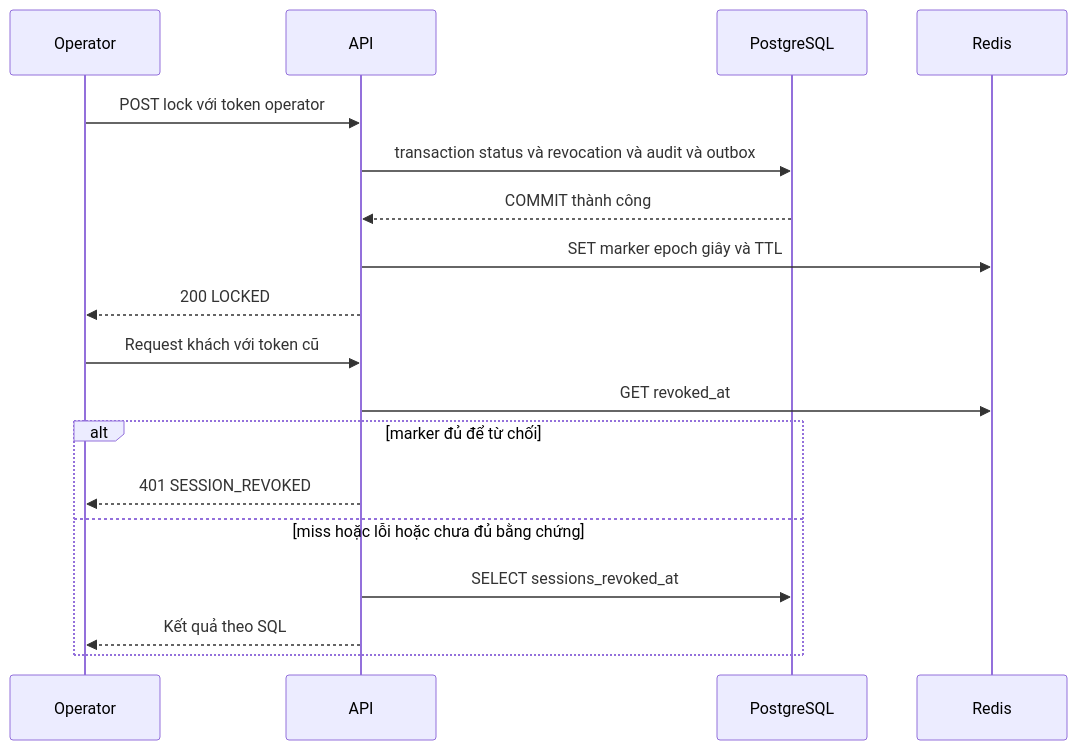
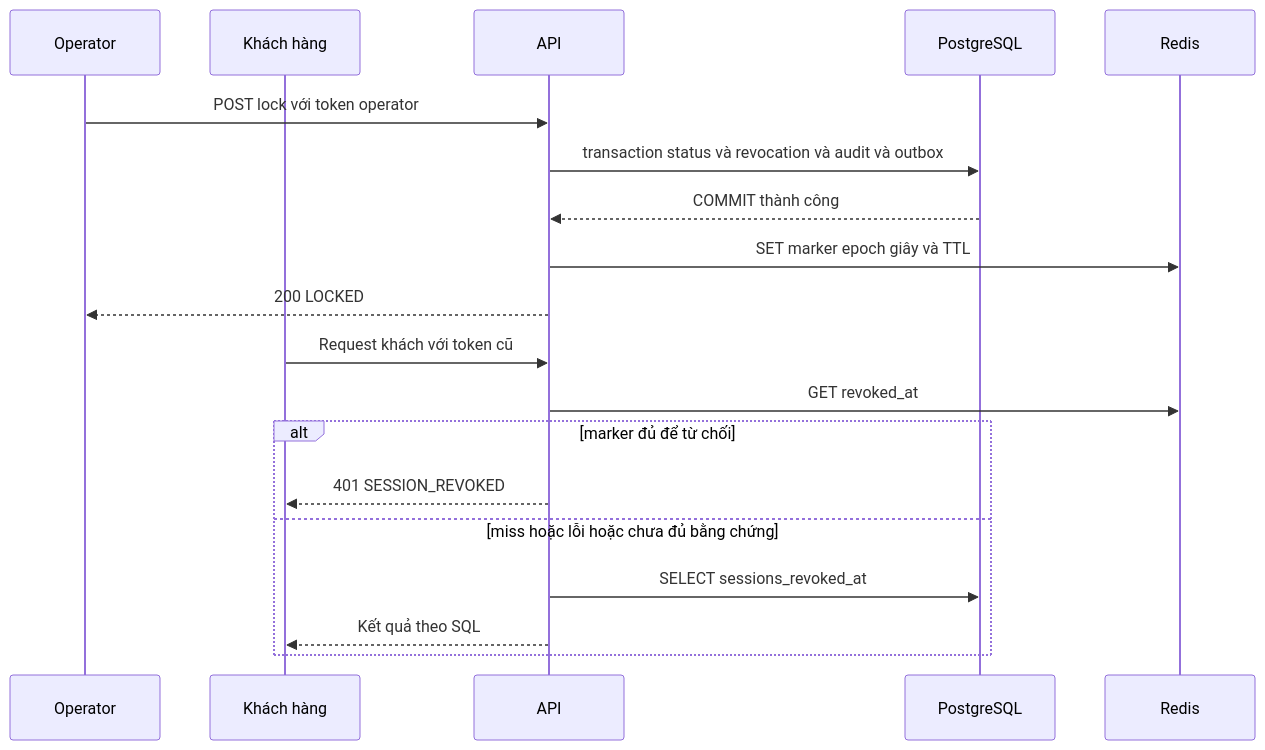
One commit to Lawliet119/digital-banking-simulator changed the diagram in docs/features/DBS-114-session-revocation.md. Above: the diagram before and after it, drawn with Mermaid. The commit also changed other lines of this file and 14 other files, not shown here.

````diff
--- a/docs/features/DBS-114-session-revocation.md
+++ b/docs/features/DBS-114-session-revocation.md
@@ -53,20 +53,21 @@
 ```mermaid
 sequenceDiagram
  participant O as Operator
+ participant K as Khách hàng
  participant A as API
  participant P as PostgreSQL
  participant R as Redis
  O->>A: POST lock với token operator
  A->>P: transaction status và revocation và audit và outbox
  P-->>A: COMMIT thành công
  A->>R: SET marker epoch giây và TTL
  A-->>O: 200 LOCKED
- O->>A: Request khách với token cũ
+ K->>A: Request khách với token cũ
  A->>R: GET revoked_at
  alt marker đủ để từ chối
- A-->>O: 401 SESSION_REVOKED
+ A-->>K: 401 SESSION_REVOKED
  else miss hoặc lỗi hoặc chưa đủ bằng chứng
  A->>P: SELECT sessions_revoked_at
- A-->>O: Kết quả theo SQL
+ A-->>K: Kết quả theo SQL
  end
 ```
````
